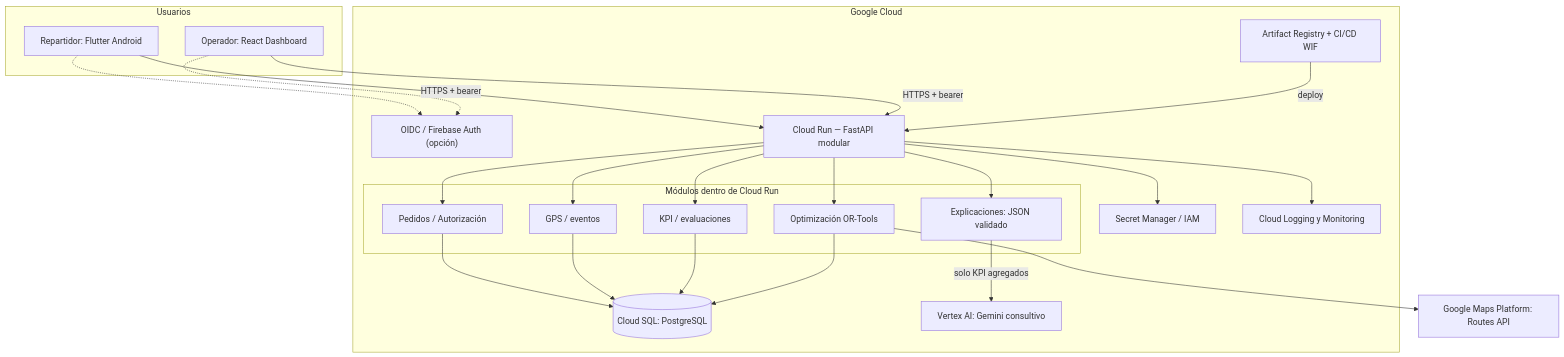
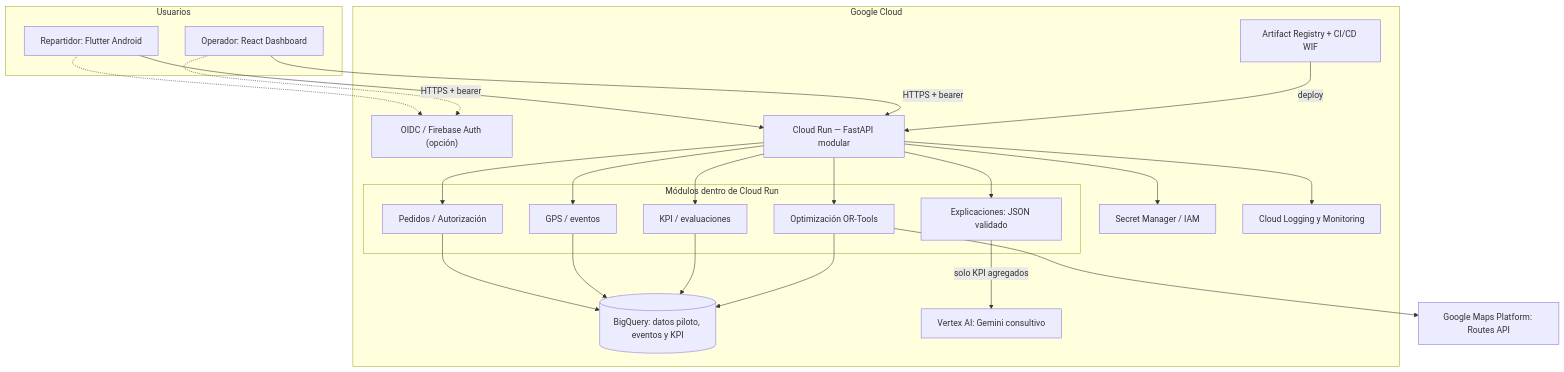
The diagram in docs/diagrams/01-gcp-components.md (JuliusCordova/SmartRoute_AI), drawn with Mermaid before and after one commit.

Commit message:
docs: migrate docs/diagrams/01-gcp-components.md to BigQuery pilot architecture

````diff
--- a/docs/diagrams/01-gcp-components.md
+++ b/docs/diagrams/01-gcp-components.md
@@ -2,38 +2,38 @@
 ```mermaid
 flowchart TB
   subgraph USERS["Usuarios"]
     D["Repartidor: Flutter Android"]
     O["Operador: React Dashboard"]
   end
   subgraph GCP["Google Cloud"]
     I["OIDC / Firebase Auth (opción)"]
     CR["Cloud Run — FastAPI modular"]
-    DB[("Cloud SQL: PostgreSQL")]
+    DB[("BigQuery: datos piloto, eventos y KPI")]
     SM["Secret Manager / IAM"]
     LG["Cloud Logging y Monitoring"]
     AR["Artifact Registry + CI/CD WIF"]
     V["Vertex AI: Gemini consultivo"]
     subgraph DOMAIN["Módulos dentro de Cloud Run"]
       P["Pedidos / Autorización"]
       R["Optimización OR-Tools"]
       T["GPS / eventos"]
       A["KPI / evaluaciones"]
       E["Explicaciones: JSON validado"]
     end
   end
   M["Google Maps Platform: Routes API"]
   D -->|"HTTPS + bearer"| CR
   O -->|"HTTPS + bearer"| CR
   D -.-> I
   O -.-> I
   CR --> P & R & T & A & E
   P --> DB
   T --> DB
   A --> DB
   R --> M
   R --> DB
   E -->|"solo KPI agregados"| V
   CR --> SM
   CR --> LG
   AR -->|"deploy"| CR
 ```
````
